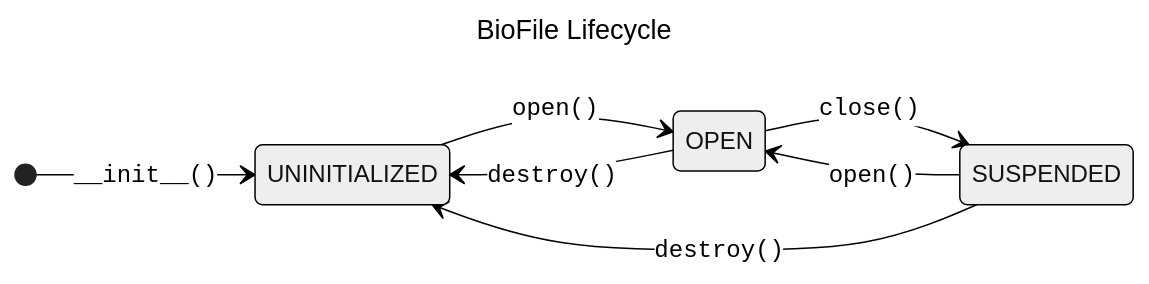
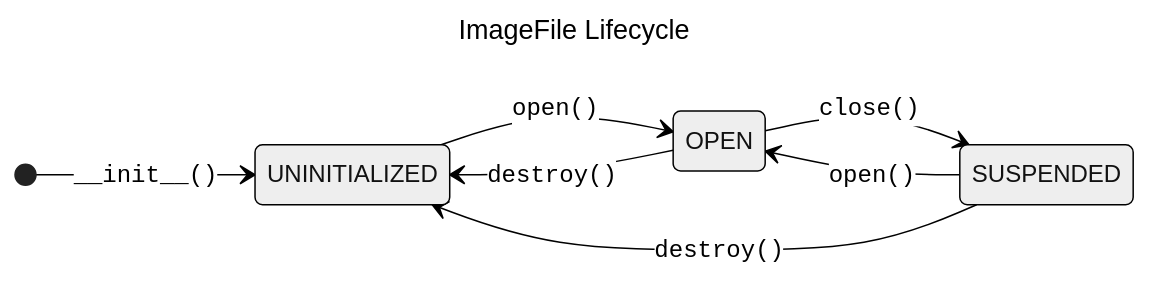
Before and after one commit to scifio/scyfio: the diagram in docs/usage.md, drawn with Mermaid (neutral theme). The commit also changed other lines of this file and 28 other files, not shown here.

````diff
--- a/docs/usage.md
+++ b/docs/usage.md
@@ -99,13 +99,13 @@
 ``` mermaid
 ---
-title: BioFile Lifecycle
+title: ImageFile Lifecycle
 ---
 stateDiagram-v2
     direction LR
     [*] --> UNINITIALIZED : <code>\_\_init__()</code>
     UNINITIALIZED --> OPEN : <code>open()</code>
     OPEN --> SUSPENDED : <code>close()</code>
     SUSPENDED --> OPEN : <code>open()</code>
     OPEN --> UNINITIALIZED : <code>destroy()</code>
     SUSPENDED --> UNINITIALIZED : <code>destroy()</code>
 ```
````
